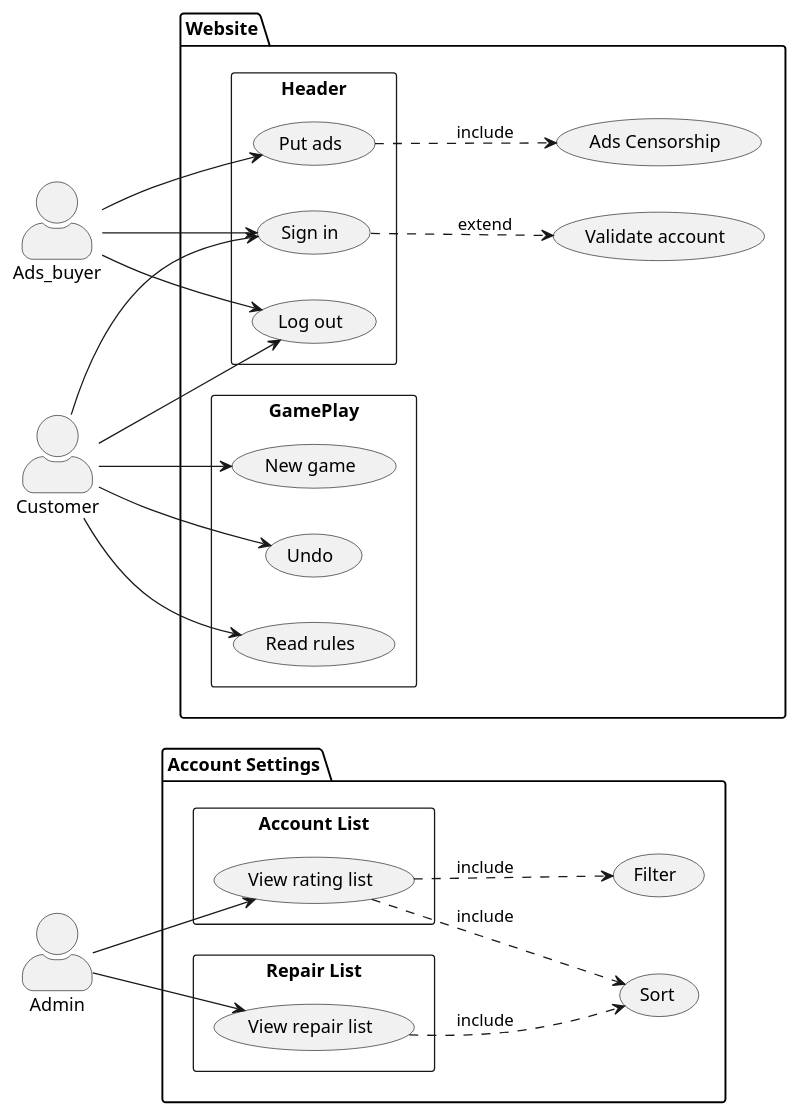
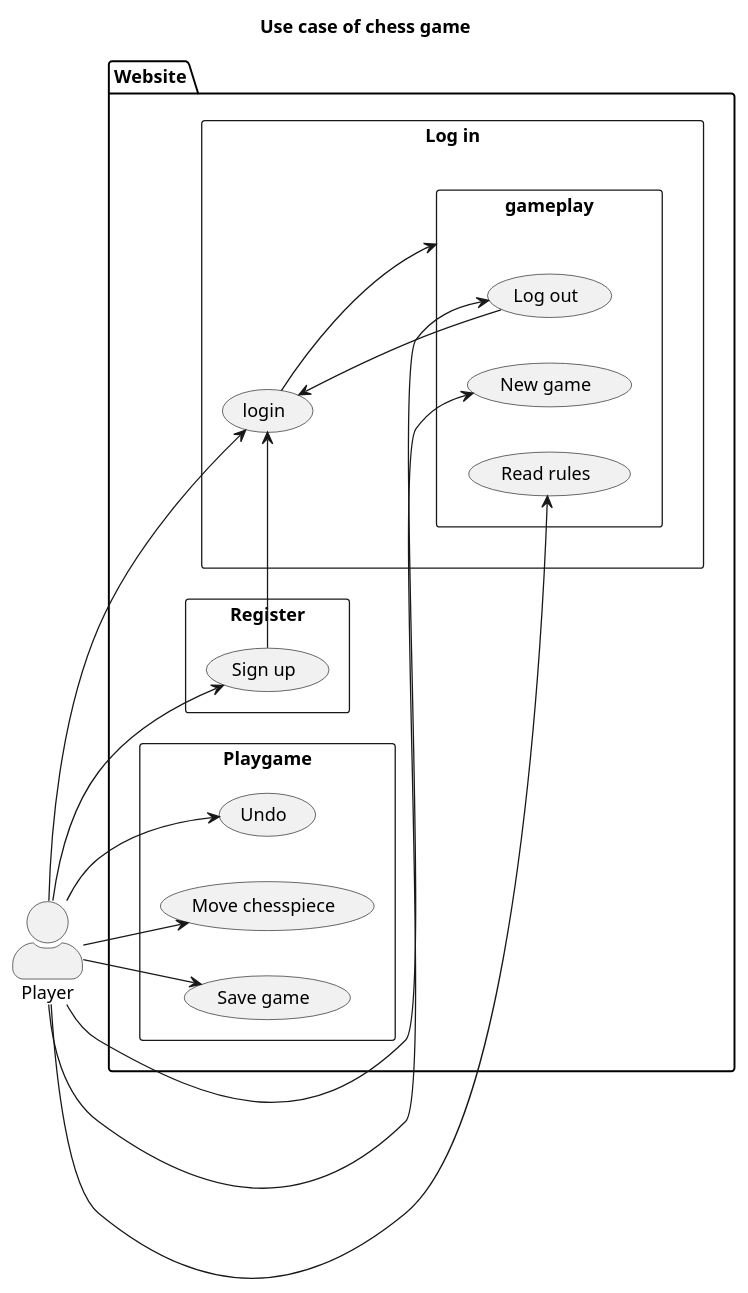
Before and after one commit to hoanglt1223/SET2021: the diagram in nhom_2/usecase.puml, drawn with PlantUML. The commit also changed 2 other files, not shown here.

Commit message:
new use case for player

```diff
--- a/nhom_2/usecase.puml
+++ b/nhom_2/usecase.puml
@@ -1,48 +1,45 @@
 @startuml Application use cases diagram
 skinparam actorStyle awesome
+
+title Use case of chess game
+
 left to right direction
-:Admin: as admin
-:Ads_buyer: as ads_buyer
-:Customer: as customer
+:Player: as player
 
-package Website{
-  usecase "Validate account" as validate
-  usecase "Ads Censorship" as censor
-  rectangle Header{
-    usecase "Sign in" as signin
+package "Website"{
+  rectangle "Log in"{
+    usecase "login" as login
+    login --> gameplay
+  }
+  rectangle "Register"{
+    usecase "Sign up" as signup
+    signup -> login
+  }
+rectangle "Playgame"{
+    usecase "Move chesspiece" as move
+    usecase "Undo" as undo
+    usecase "Save game" as save
+
+  }
+
+  rectangle "Game" as gameplay{
     usecase "Log out" as logout
-    usecase "Put ads" as ad
-    ad ..> censor: include
-    signin ..> validate: extend
+    usecase "New game" as newgame
+    usecase "Read rules" as read
+    logout --> login
   }
-  rectangle GamePlay{
-    usecase "New game" as newgame
-    usecase "Undo" as undo 
-    usecase "Read rules" as read
-  }
-} 
-customer --> signin
-customer --> logout
-customer --> undo    
-customer --> newgame
-customer --> read
-ads_buyer --> ad
-ads_buyer --> signin
-ads_buyer --> logout
-package "Account Settings"{
-  usecase "Filter" as filter 
-  usecase "Sort" as sort
-  rectangle "Account List"{
-    usecase "View rating list" as view_rating_list 
-    view_rating_list ..> filter: include
-    view_rating_list ..> sort: include
-  }
-  rectangle "Repair List"{
-    usecase "View repair list" as view_repair_list
-    view_repair_list ..> sort: include
-  }
+
+
 }
-admin --> view_rating_list
-admin --> view_repair_list
+
+player --> signup
+player --> login
+player --> read
+player --> logout
+player --> newgame
+player --> save
+player -> undo
+player -> move
+
 
 @enduml
```
